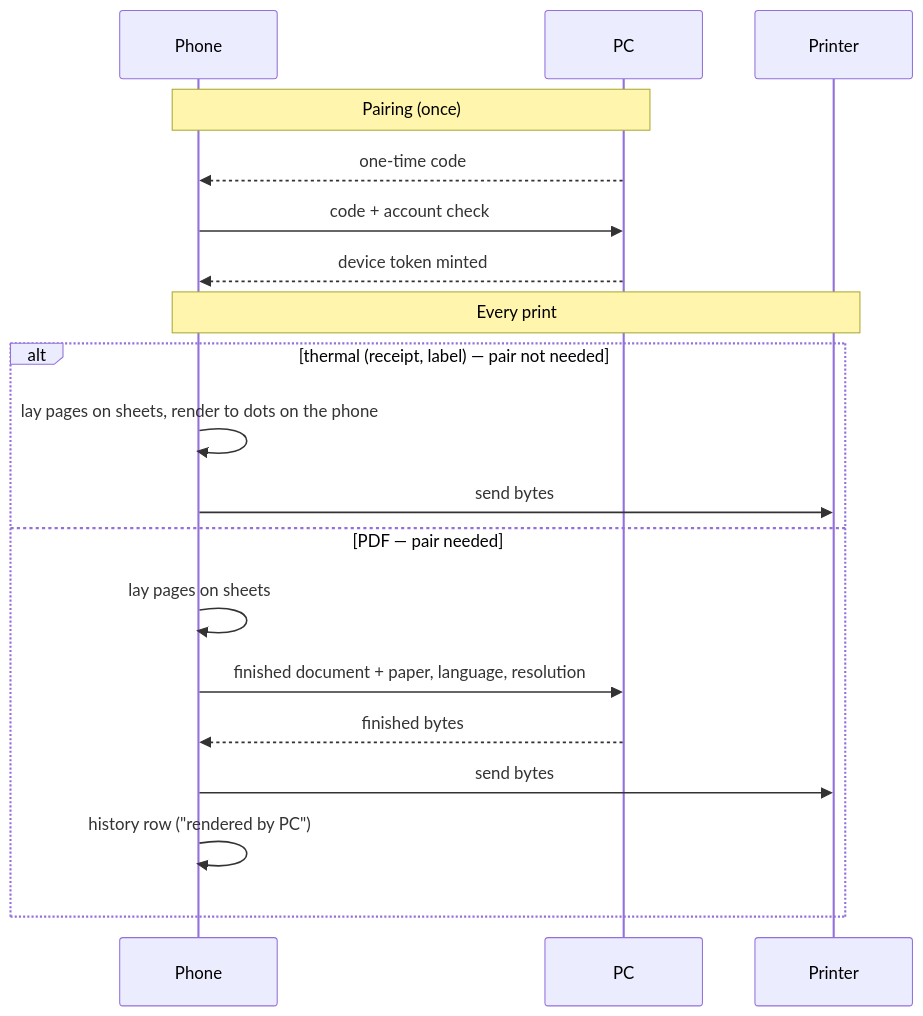
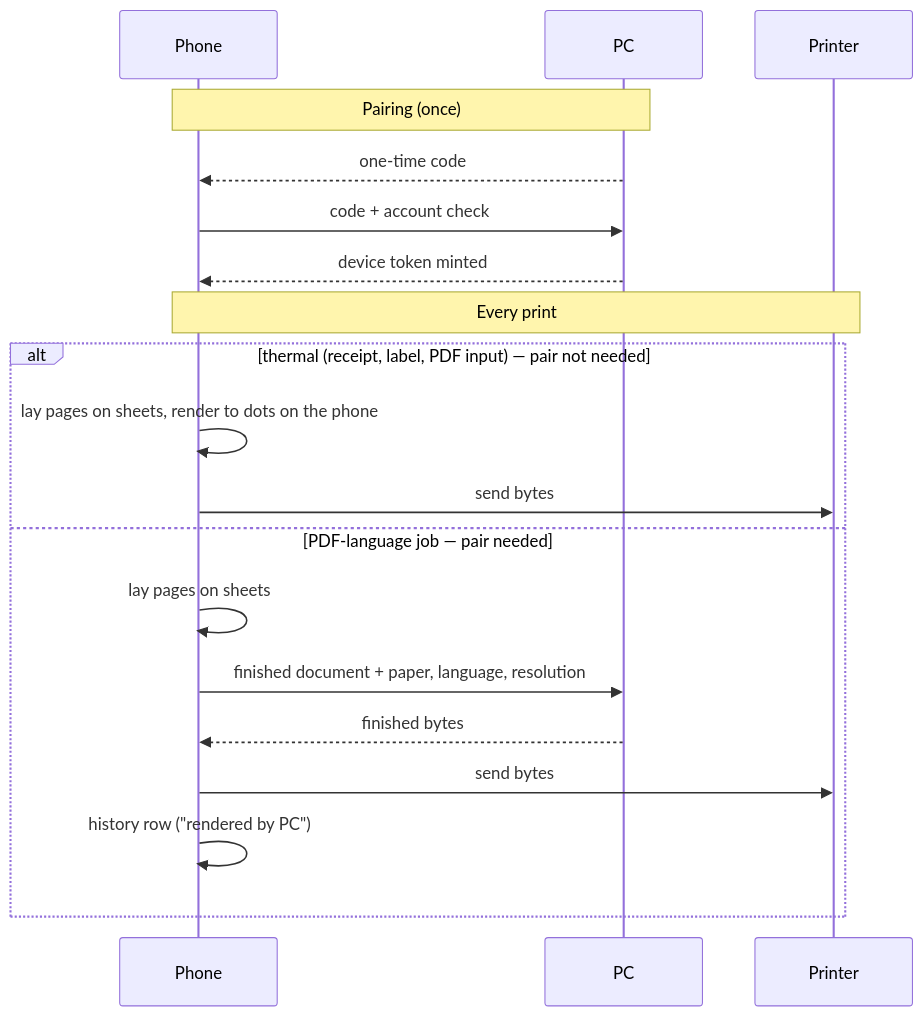
Before and after one commit to SAR-dev/PrintNinja: the third of 4 diagrams in docs/ARCHITECTURE.md, drawn with Mermaid. The commit also changed other lines of this file and 47 other files, not shown here.

First line of the commit message:
feat: PDF input printing, platform PDFium, capability probing, printer editing

````diff
--- a/docs/ARCHITECTURE.md
+++ b/docs/ARCHITECTURE.md
@@ -95,21 +98,21 @@
 ```mermaid
 sequenceDiagram
     participant P as Phone
     participant C as PC
     participant R as Printer
     Note over P,C: Pairing (once)
     C-->>P: one-time code
     P->>C: code + account check
     C-->>P: device token minted
     Note over P,R: Every print
-    alt thermal (receipt, label) — pair not needed
+    alt thermal (receipt, label, PDF input) — pair not needed
         P->>P: lay pages on sheets, render to dots on the phone
         P->>R: send bytes
-    else PDF — pair needed
+    else PDF-language job — pair needed
         P->>P: lay pages on sheets
         P->>C: finished document + paper, language, resolution
         C-->>P: finished bytes
         P->>R: send bytes
         P->>P: history row ("rendered by PC")
     end
 ```
````
